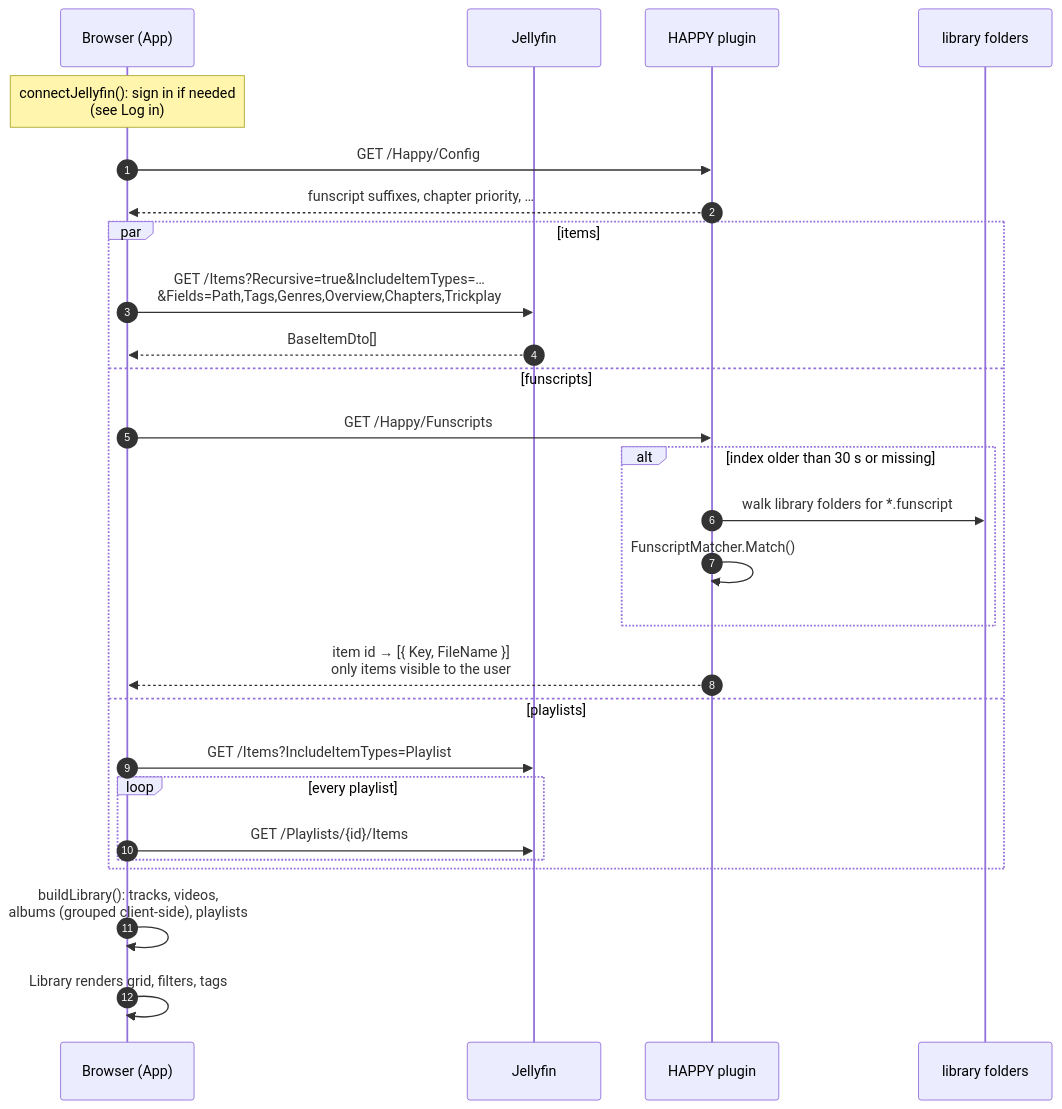
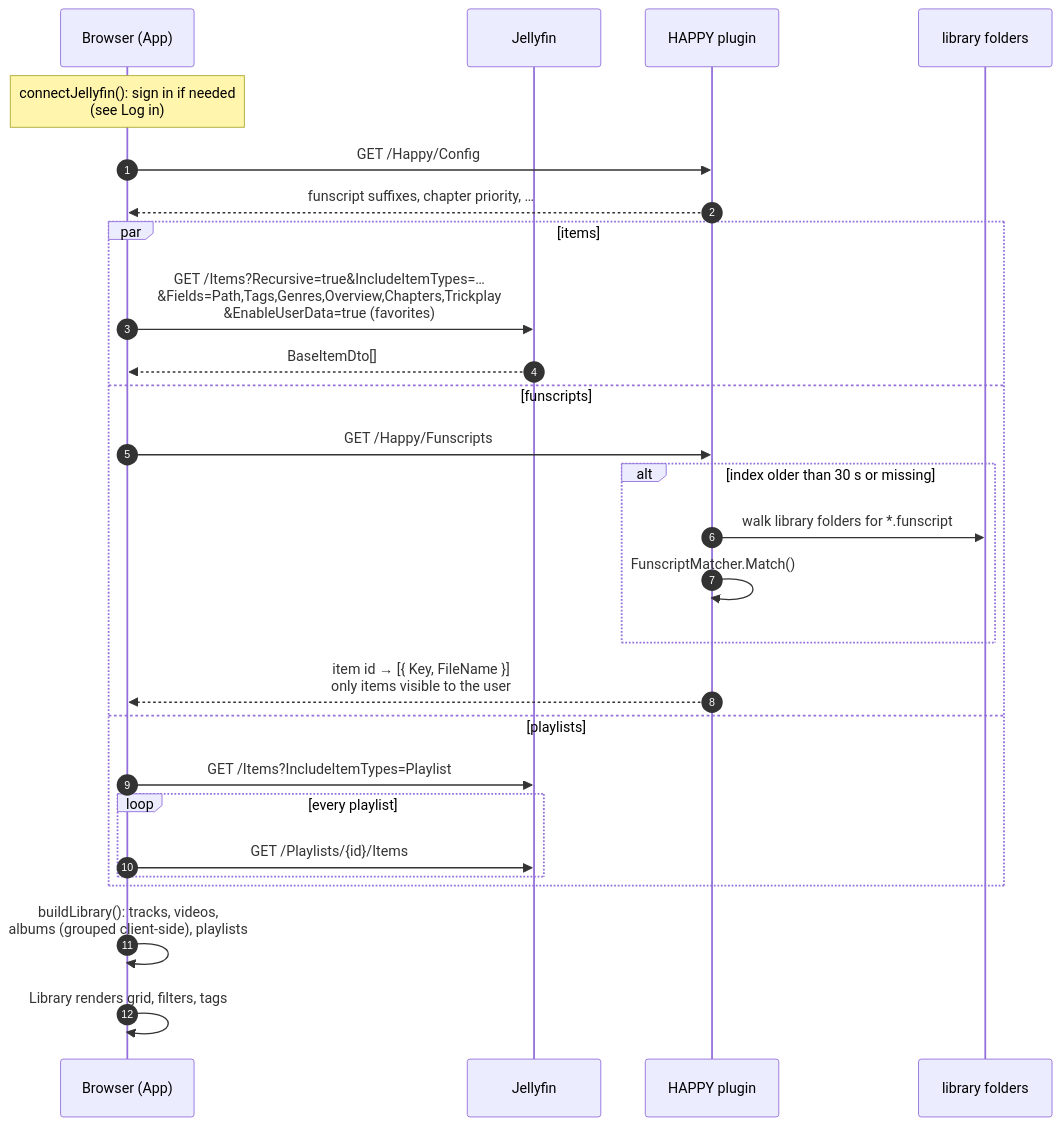
The first of 2 diagrams in docs/developer/use-cases/library-load.md (lumbar-spine-support/docker-haptic-player), drawn with Mermaid before and after one commit. The commit also changed 31 other files, not shown here.

````diff
--- a/docs/developer/use-cases/library-load.md
+++ b/docs/developer/use-cases/library-load.md
@@ -11,30 +11,30 @@
 ```mermaid
 sequenceDiagram
   autonumber
   participant B as Browser (App)
   participant J as Jellyfin
   participant P as HAPPY plugin
   participant F as library folders
 
   Note over B: connectJellyfin(): sign in if needed<br/>(see Log in)
   B->>P: GET /Happy/Config
   P-->>B: funscript suffixes, chapter priority, …
   par items
-    B->>J: GET /Items?Recursive=true&IncludeItemTypes=…<br/>&Fields=Path,Tags,Genres,Overview,Chapters,Trickplay
+    B->>J: GET /Items?Recursive=true&IncludeItemTypes=…<br/>&Fields=Path,Tags,Genres,Overview,Chapters,Trickplay<br/>&EnableUserData=true (favorites)
     J-->>B: BaseItemDto[]
   and funscripts
     B->>P: GET /Happy/Funscripts
     alt index older than 30 s or missing
       P->>F: walk library folders for *.funscript
       P->>P: FunscriptMatcher.Match()
     end
     P-->>B: item id → [{ Key, FileName }]<br/>only items visible to the user
   and playlists
     B->>J: GET /Items?IncludeItemTypes=Playlist
     loop every playlist
       B->>J: GET /Playlists/{id}/Items
     end
   end
   B->>B: buildLibrary(): tracks, videos,<br/>albums (grouped client-side), playlists
   B->>B: Library renders grid, filters, tags
 ```
````
